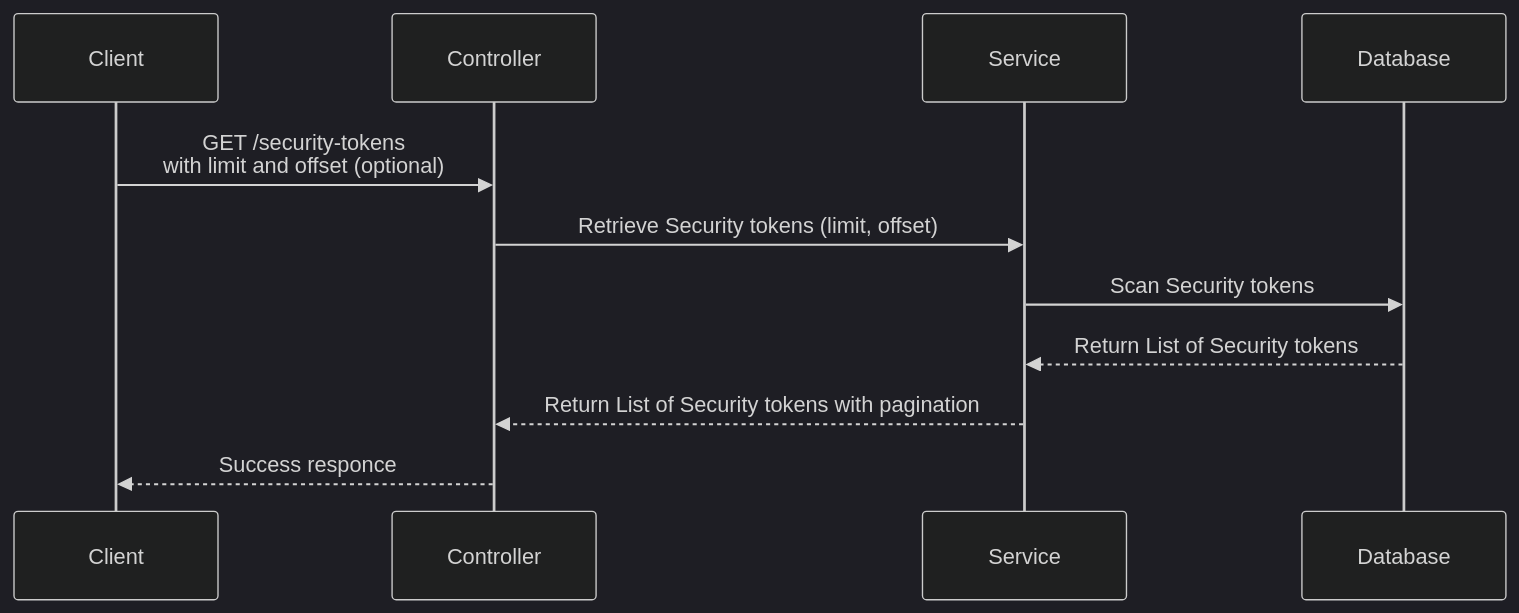
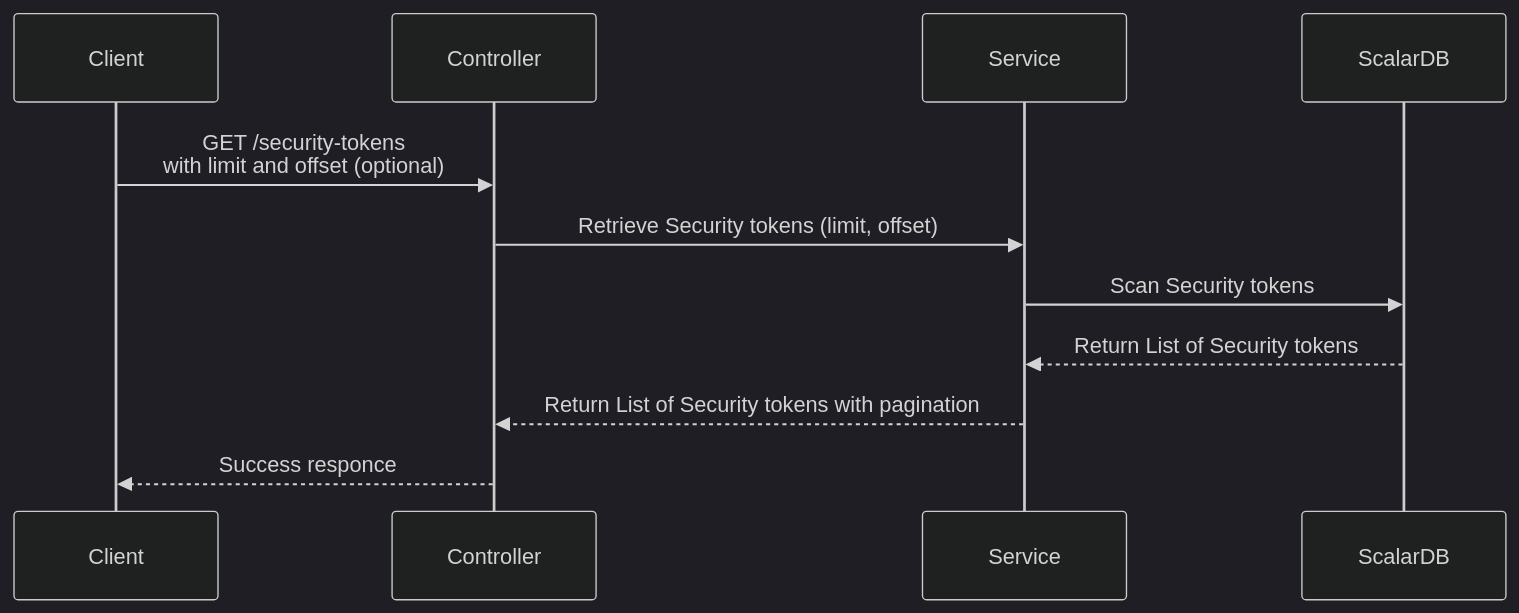
Before and after one commit to MayuriSutar12/protocol_8_api_doc: the diagram in list-st-1.md, drawn with Mermaid (dark theme).

````diff
--- a/list-st-1.md
+++ b/list-st-1.md
@@ -10,15 +10,15 @@
 ```mermaid
 sequenceDiagram
     participant Client as Client
     participant Controller as Controller
     participant Service as Service
-    participant Database as Database
+    participant Database as ScalarDB
 
     Client ->> Controller: GET /security-tokens<br/>with limit and offset (optional)
     Controller ->> Service: Retrieve Security tokens (limit, offset)
     Service ->> Database: Scan Security tokens 
     Database -->> Service: Return List of Security tokens
     Service -->> Controller: Return List of Security tokens with pagination
     Controller -->> Client: Success responce
 
 ```
````
